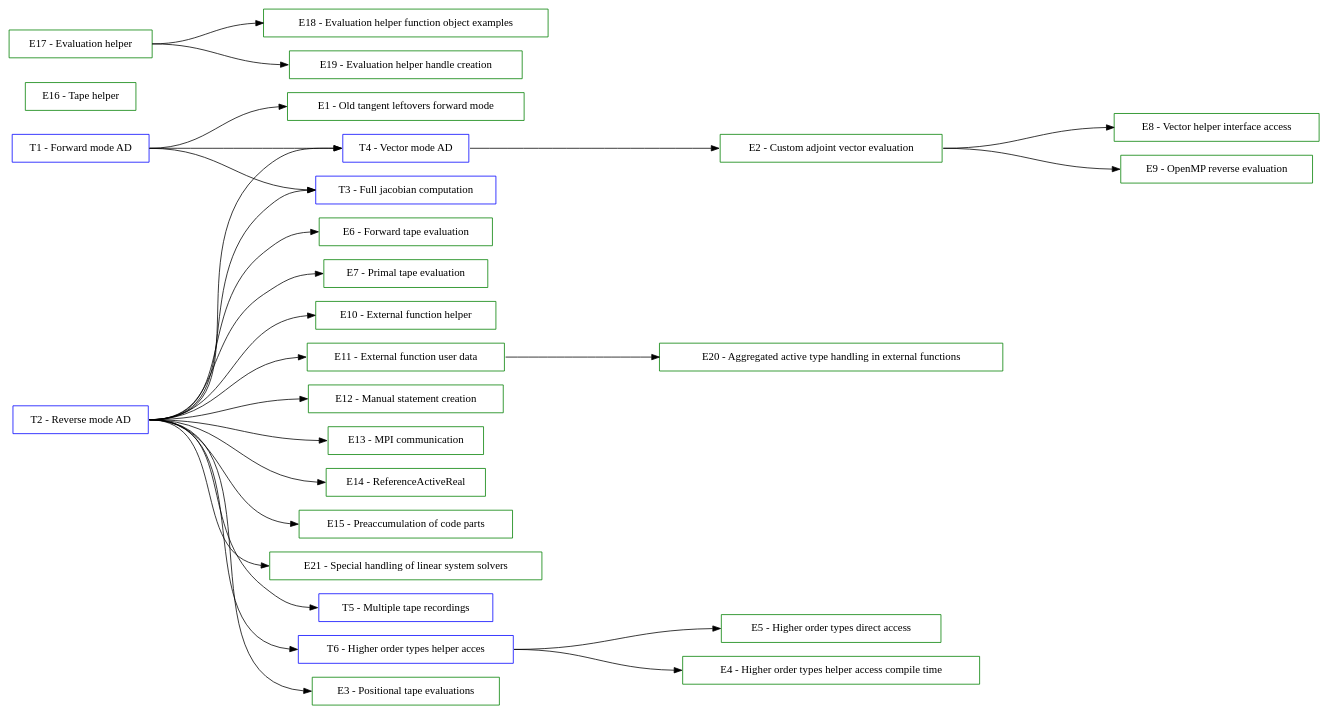
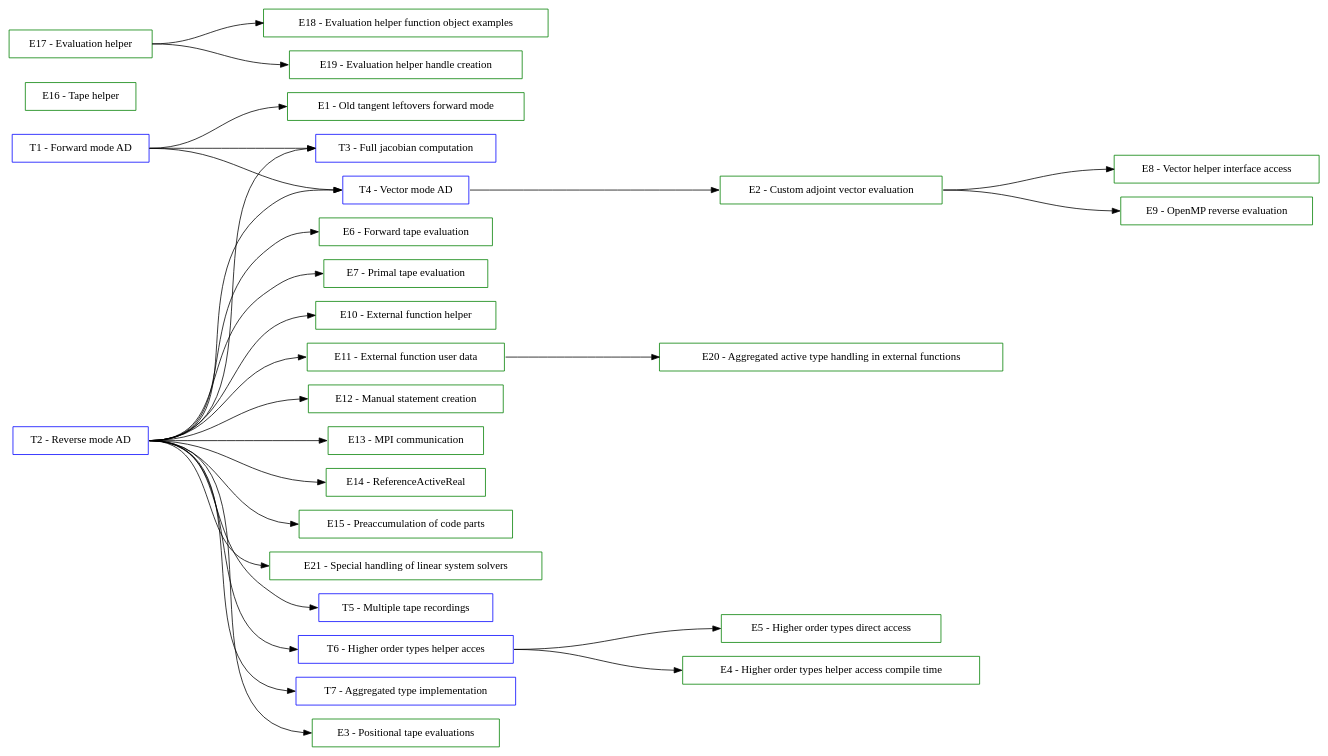
The diagram in documentation/user/TutorialsGraph.dot (SciCompKL/CoDiPack), drawn with Graphviz before and after one commit. The commit also changed 5 other files, not shown here.

Commit message:
Added tutorial for aggregated type implementations.

```diff
--- a/documentation/user/TutorialsGraph.dot
+++ b/documentation/user/TutorialsGraph.dot
@@ -1,89 +1,92 @@
 digraph Tutorials {
   rankdir=LR;
   ranksep=2;
 
   // Tutorial nodes
   node [shape=box color=blue];
   T01 [label="T1 - Forward mode AD"];
 
   T02 [label="T2 - Reverse mode AD"];
 
   T03 [label="T3 - Full jacobian computation"];
 
   T04 [label="T4 - Vector mode AD"];
 
   T05 [label="T5 - Multiple tape recordings"];
 
   T06 [label="T6 - Higher order types helper acces"];
+
+  T07 [label="T7 - Aggregated type implementation"];
 
   // Example nodes
   node [shape=box color=green];
   E01 [label="E1 - Old tangent leftovers forward mode"];
 
   E02 [label="E2 - Custom adjoint vector evaluation"];
 
   E03 [label="E3 - Positional tape evaluations"];
 
   E04 [label="E4 - Higher order types helper access compile time"];
 
   E05 [label="E5 - Higher order types direct access"];
 
   E06 [label="E6 - Forward tape evaluation"];
 
   E07 [label="E7 - Primal tape evaluation"];
 
   E08 [label="E8 - Vector helper interface access"];
 
   E09 [label="E9 - OpenMP reverse evaluation"];
 
   E10 [label="E10 - External function helper"];
 
   E11 [label="E11 - External function user data"];
 
   E12 [label="E12 - Manual statement creation"];
 
   E13 [label="E13 - MPI communication"];
 
   E14 [label="E14 - ReferenceActiveReal"];
 
   E15 [label="E15 - Preaccumulation of code parts"];
 
   E16 [label="E16 - Tape helper"];
 
   E17 [label="E17 - Evaluation helper"];
 
   E18 [label="E18 - Evaluation helper function object examples"];
 
   E19 [label="E19 - Evaluation helper handle creation"];
 
   E20 [label="E20 - Aggregated active type handling in external functions"];
 
   E21 [label="E21 - Special handling of linear system solvers"];
 
   // Edges (sorted)
   E02:e -> E08:w;
   E02:e -> E09:w;
   E11:e -> E20:w;
   E17:e -> E18:w;
   E17:e -> E19:w;
   T01:e -> E01:w;
   T01:e -> T03:w;
   T01:e -> T04:w;
   T02:e -> E03:w;
   T02:e -> E06:w;
   T02:e -> E07:w;
   T02:e -> E10:w;
   T02:e -> E11:w;
   T02:e -> E12:w;
   T02:e -> E13:w;
   T02:e -> E14:w;
   T02:e -> E15:w;
   T02:e -> T03:w;
   T02:e -> T04:w;
   T02:e -> T05:w;
   T02:e -> T06:w;
+  T02:e -> T07:w;
   T02:e -> E21:w;
   T04:e -> E02:w;
   T06:e -> E04:w;
   T06:e -> E05:w;
 }
```
